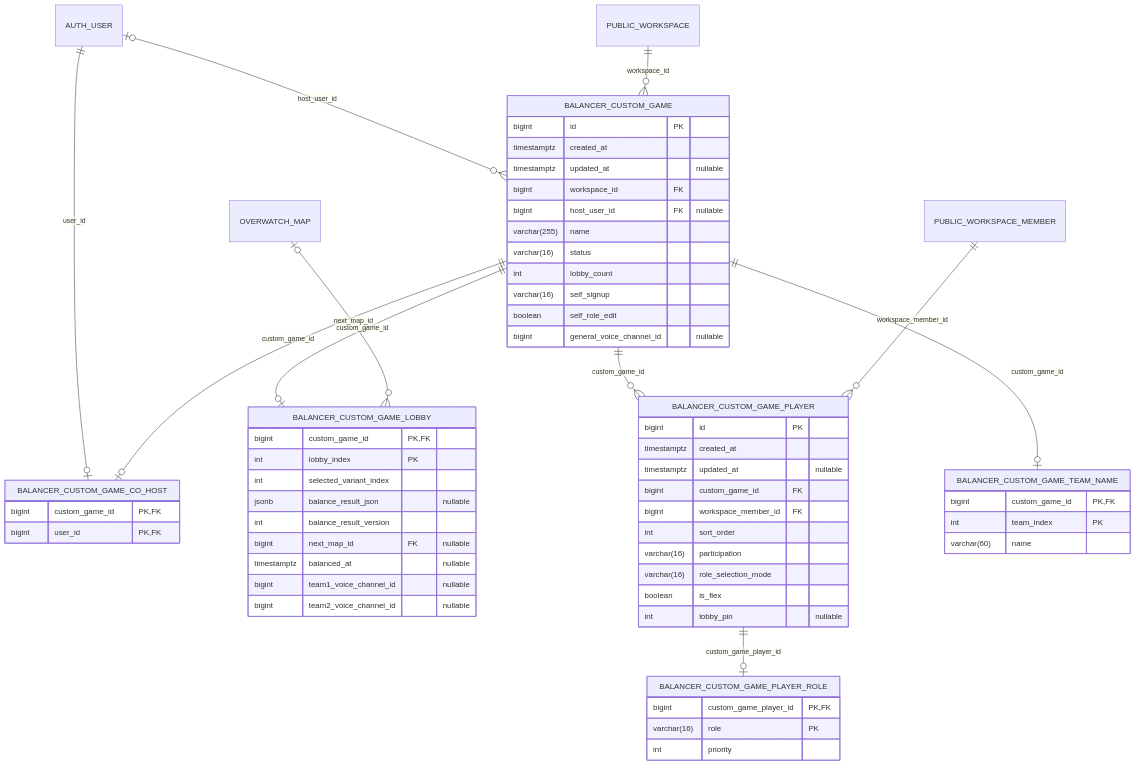
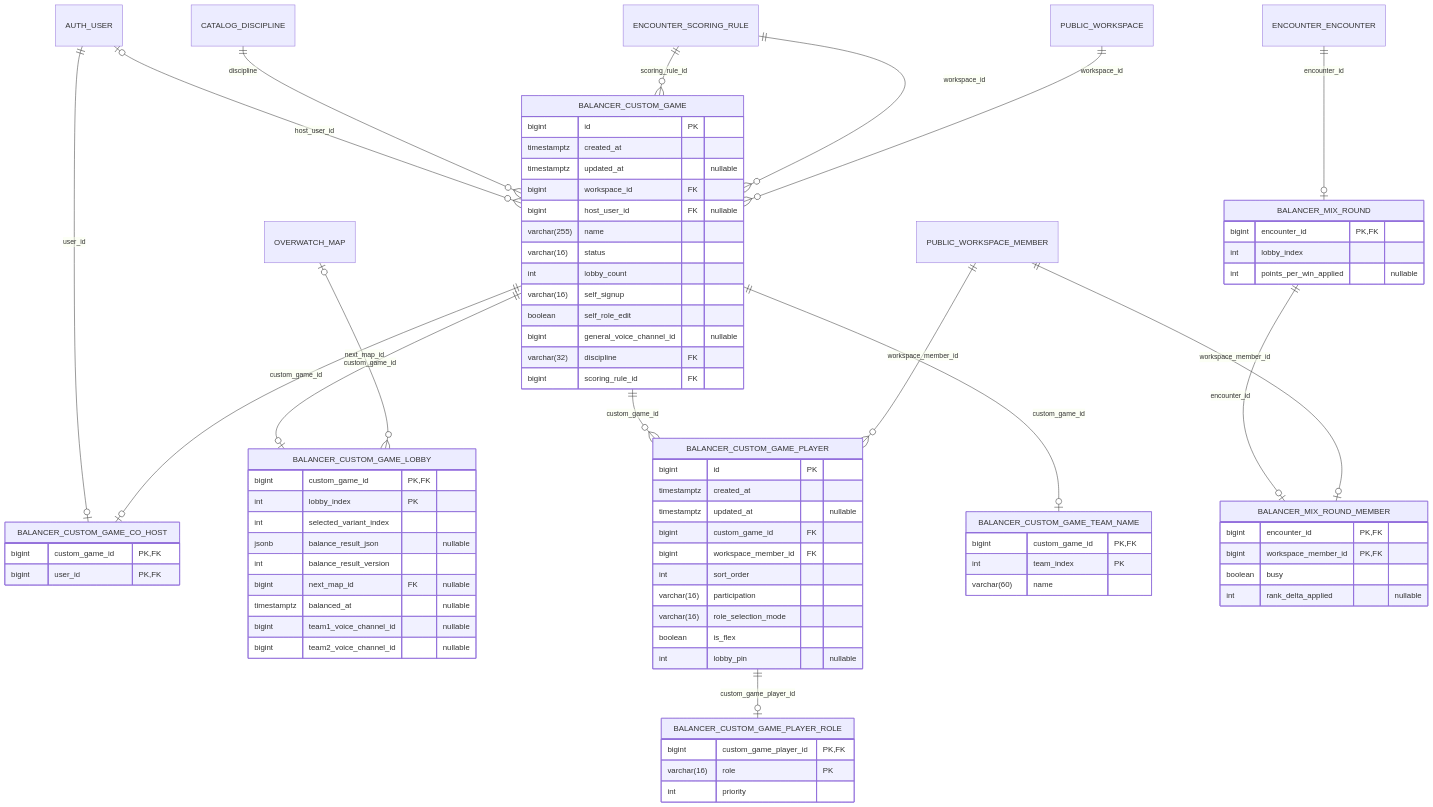
Diagram 12 of 21 in docs/database_erd.md (CraazzzyyFoxx/anak-tournaments), drawn with Mermaid before and after one commit. The commit also changed other lines of this file and 16 other files, not shown here.

Commit message:
feat(encounter): mixes own encounters; mix_round tables

````diff
--- a/docs/database_erd.md
+++ b/docs/database_erd.md
@@ -2212,6 +2216,8 @@
         varchar(16) self_signup
         boolean self_role_edit
         bigint general_voice_channel_id "nullable"
+        varchar(32) discipline FK
+        bigint scoring_rule_id FK
     }
     BALANCER_CUSTOM_GAME_CO_HOST {
         bigint custom_game_id PK,FK
@@ -2250,6 +2256,17 @@
         int team_index PK
         varchar(60) name
     }
+    BALANCER_MIX_ROUND {
+        bigint encounter_id PK,FK
+        int lobby_index
+        int points_per_win_applied "nullable"
+    }
+    BALANCER_MIX_ROUND_MEMBER {
+        bigint encounter_id PK,FK
+        bigint workspace_member_id PK,FK
+        boolean busy
+        int rank_delta_applied "nullable"
+    }
 
     AUTH_USER |o--o{ BALANCER_CUSTOM_GAME : "host_user_id"
     AUTH_USER ||--o| BALANCER_CUSTOM_GAME_CO_HOST : "user_id"
@@ -2258,7 +2275,13 @@
     BALANCER_CUSTOM_GAME ||--o| BALANCER_CUSTOM_GAME_LOBBY : "custom_game_id"
     BALANCER_CUSTOM_GAME ||--o| BALANCER_CUSTOM_GAME_TEAM_NAME : "custom_game_id"
     BALANCER_CUSTOM_GAME_PLAYER ||--o| BALANCER_CUSTOM_GAME_PLAYER_ROLE : "custom_game_player_id"
+    BALANCER_MIX_ROUND ||--o| BALANCER_MIX_ROUND_MEMBER : "encounter_id"
+    CATALOG_DISCIPLINE ||--o{ BALANCER_CUSTOM_GAME : "discipline"
+    ENCOUNTER_ENCOUNTER ||--o| BALANCER_MIX_ROUND : "encounter_id"
+    ENCOUNTER_SCORING_RULE ||--o{ BALANCER_CUSTOM_GAME : "scoring_rule_id"
+    ENCOUNTER_SCORING_RULE ||--o{ BALANCER_CUSTOM_GAME : "workspace_id"
     OVERWATCH_MAP |o--o{ BALANCER_CUSTOM_GAME_LOBBY : "next_map_id"
     PUBLIC_WORKSPACE ||--o{ BALANCER_CUSTOM_GAME : "workspace_id"
     PUBLIC_WORKSPACE_MEMBER ||--o{ BALANCER_CUSTOM_GAME_PLAYER : "workspace_member_id"
+    PUBLIC_WORKSPACE_MEMBER ||--o| BALANCER_MIX_ROUND_MEMBER : "workspace_member_id"
 ```
````
